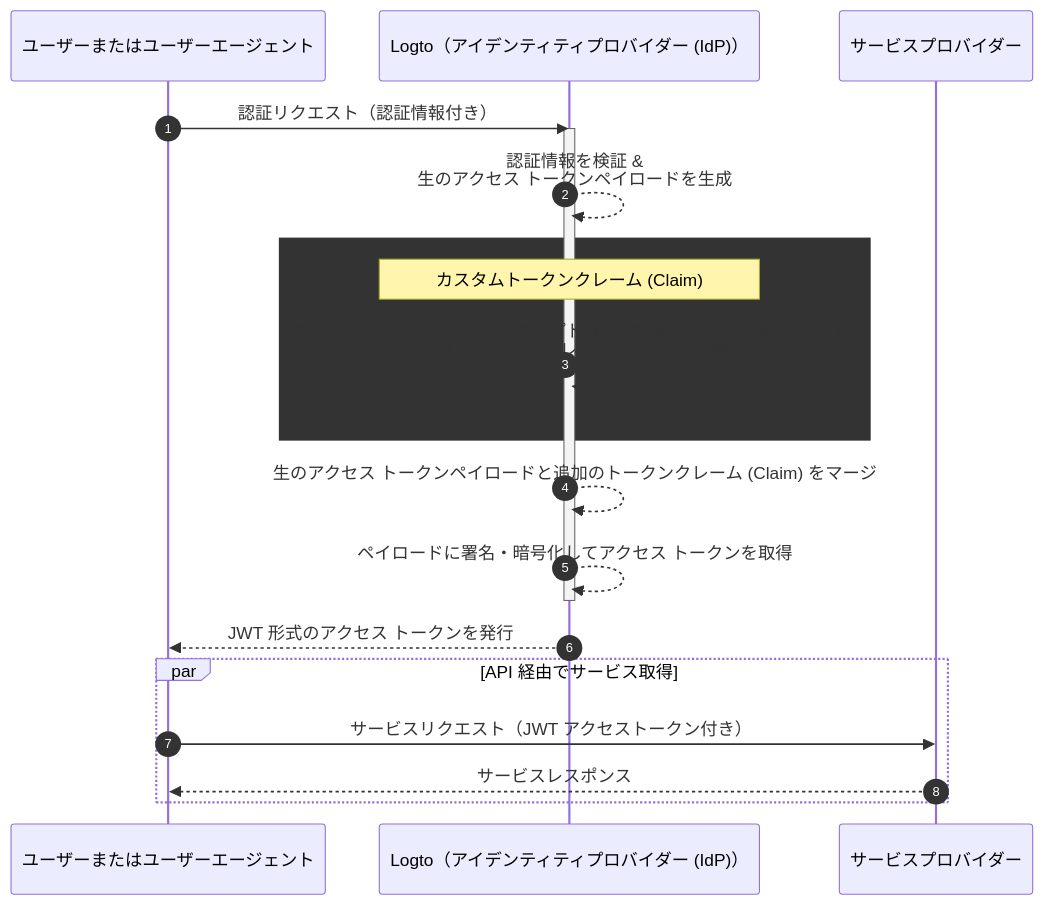
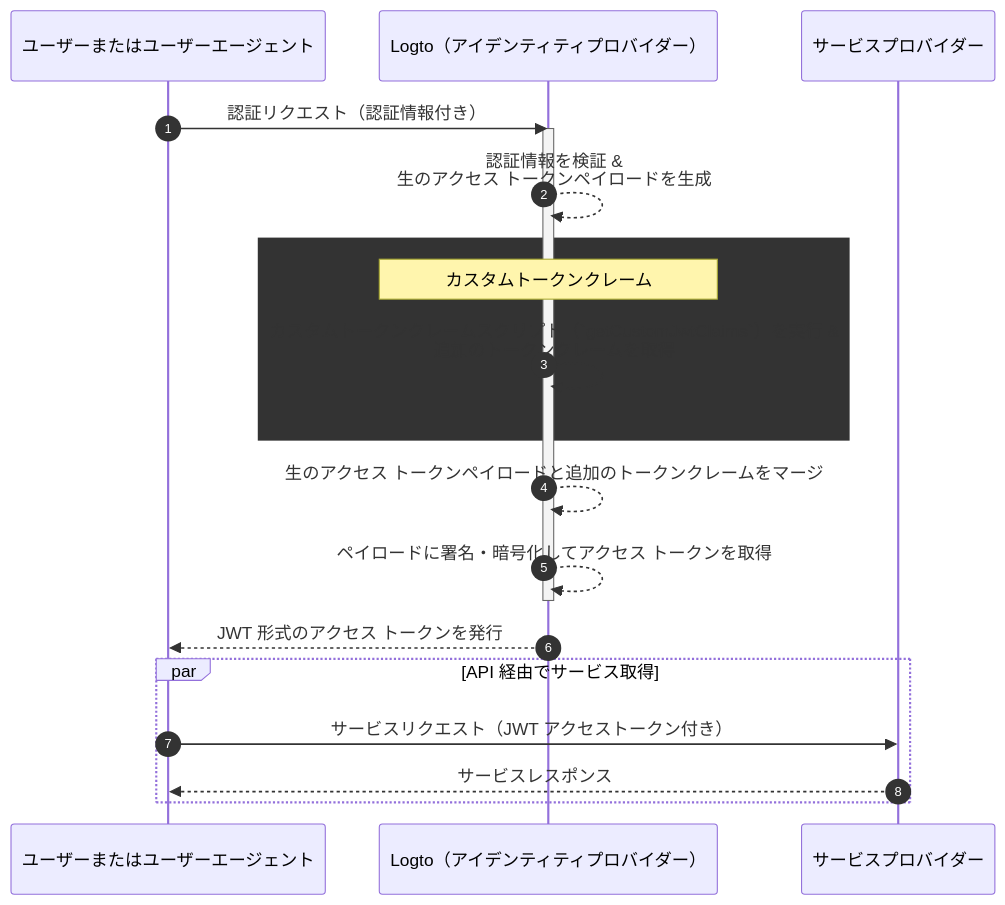
The diagram in i18n/ja/docusaurus-plugin-content-docs/current/developers/custom-token-claims/README.mdx (logto-io/docs), drawn with Mermaid before and after one commit. The commit also changed other lines of this file and 17 other files, not shown here.

````diff
--- a/i18n/ja/docusaurus-plugin-content-docs/current/developers/custom-token-claims/README.mdx
+++ b/i18n/ja/docusaurus-plugin-content-docs/current/developers/custom-token-claims/README.mdx
@@ -26,23 +26,23 @@
 ```mermaid
 sequenceDiagram
   participant U as ユーザーまたはユーザーエージェント
-  participant IdP as Logto（アイデンティティプロバイダー (IdP)）
+  participant IdP as Logto（アイデンティティプロバイダー）
   participant SP as サービスプロバイダー
 
   autonumber
   U ->> IdP: 認証リクエスト（認証情報付き）
   activate IdP
   IdP-->>IdP: 認証情報を検証 &<br/>生のアクセス トークンペイロードを生成
   rect var(--mermaid-rect-fill)
-  note over IdP: カスタムトークンクレーム (Claim)
-  IdP->>IdP: カスタムトークンクレームスクリプト（`getCustomJwtClaims`）を実行 &<br/>追加のトークンクレーム (Claim) を取得
+  note over IdP: カスタムトークンクレーム
+  IdP->>IdP: カスタムトークンクレームスクリプト（`getCustomJwtClaims`）を実行 &<br/>追加のトークンクレームを取得
   end
-  IdP-->>IdP: 生のアクセス トークンペイロードと追加のトークンクレーム (Claim) をマージ
+  IdP-->>IdP: 生のアクセス トークンペイロードと追加のトークンクレームをマージ
   IdP-->>IdP: ペイロードに署名・暗号化してアクセス トークンを取得
   deactivate IdP
   IdP-->>U: JWT 形式のアクセス トークンを発行
   par API 経由でサービス取得
   U->>SP: サービスリクエスト（JWT アクセストークン付き）
   SP-->>U: サービスレスポンス
   end
 ```
````
